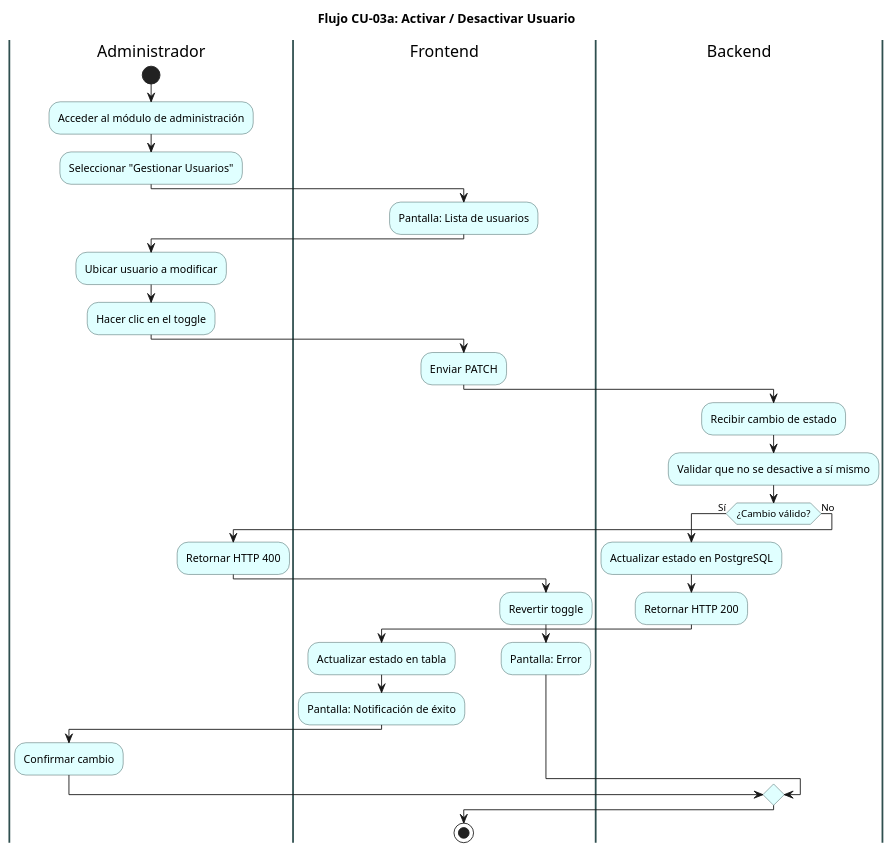
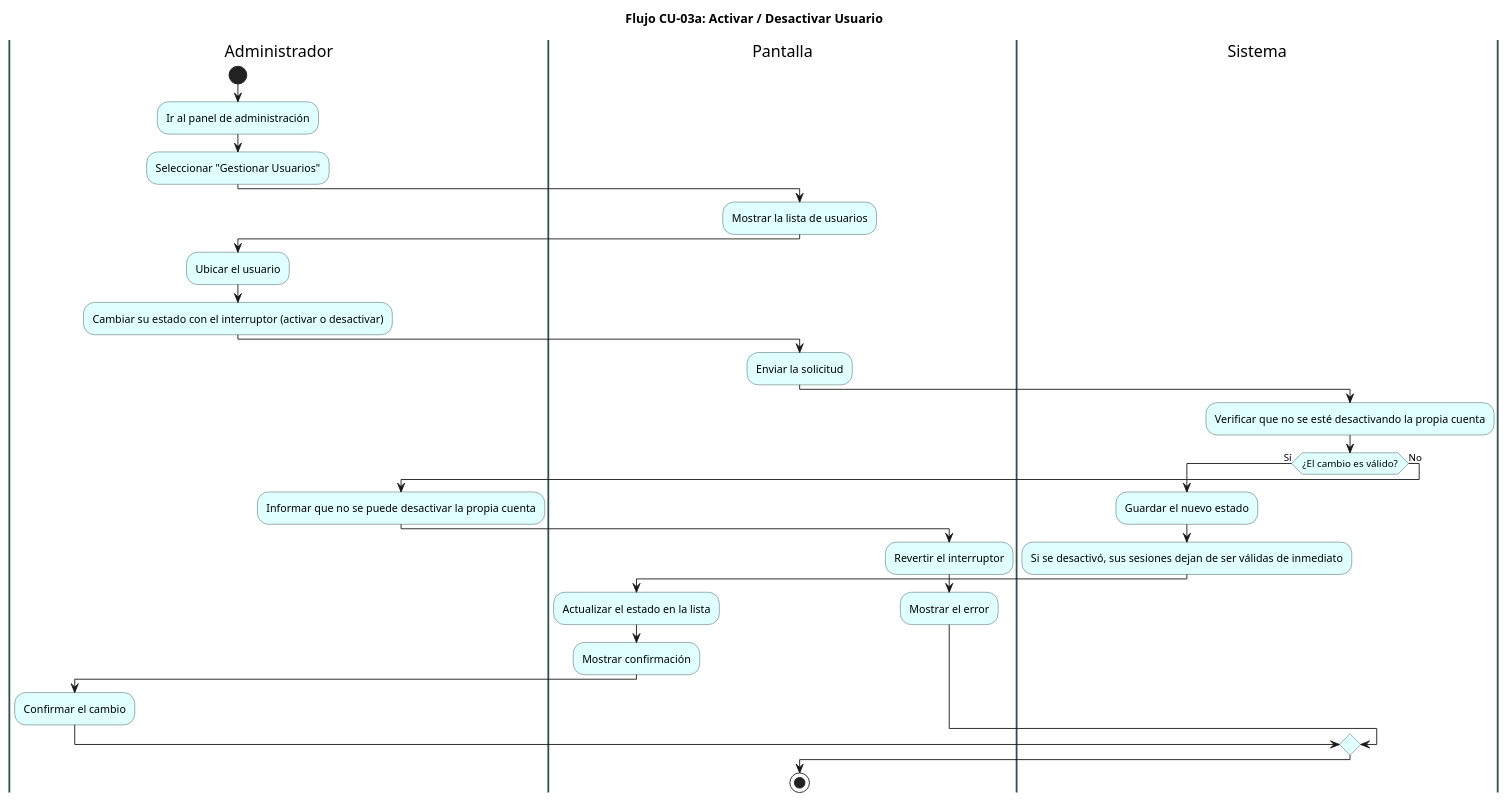
One commit to ElianMMCode/ZoneControl-Backend changed the diagram in docs/diagramas/flujo/05_flujo_activar_desactivar.puml. Above: the diagram before and after it, drawn with PlantUML. The commit also changed 21 other files, not shown here.

First line of the commit message:
docs(flujo): reescribir los 22 diagramas de flujo en lenguaje sencillo

```diff
--- a/docs/diagramas/flujo/05_flujo_activar_desactivar.puml
+++ b/docs/diagramas/flujo/05_flujo_activar_desactivar.puml
@@ -1,59 +1,54 @@
 @startuml
 title Flujo CU-03a: Activar / Desactivar Usuario
 skinparam activity {
   BackgroundColor LightCyan
   BorderColor DarkSlateGray
 }
 skinparam swimlane {
   BorderColor DarkSlateGray
   BorderThickness 2
 }
 
 |Administrador|
 start
-:Acceder al módulo de administración;
+:Ir al panel de administración;
 
 :Seleccionar "Gestionar Usuarios";
 
-|Frontend|
-:Pantalla: Lista de usuarios;
+|Pantalla|
+:Mostrar la lista de usuarios;
 
 |Administrador|
-:Ubicar usuario a modificar;
+:Ubicar el usuario;
 
-:Hacer clic en el toggle;
+:Cambiar su estado con el interruptor (activar o desactivar);
 
-|Frontend|
-:Enviar PATCH;
+|Pantalla|
+:Enviar la solicitud;
 
-|Backend|
-:Recibir cambio de estado;
+|Sistema|
+:Verificar que no se esté desactivando la propia cuenta;
 
-:Validar que no se desactive a sí mismo;
+if (¿El cambio es válido?) then (Sí)
+  :Guardar el nuevo estado;
 
-if (¿Cambio válido?) then (Sí)
-  :Actualizar estado en PostgreSQL;
+  :Si se desactivó, sus sesiones dejan de ser válidas de inmediato;
 
-  :Retornar HTTP 200;
+  |Pantalla|
+  :Actualizar el estado en la lista;
 
-  |Frontend|
-  :Actualizar estado en tabla;
-
-  :Pantalla: Notificación de éxito;
+  :Mostrar confirmación;
 
   |Administrador|
-  :Confirmar cambio;
+  :Confirmar el cambio;
+else (No)
+  :Informar que no se puede desactivar la propia cuenta;
+  |Pantalla|
+  :Revertir el interruptor;
 
-else (No)
-  :Retornar HTTP 400;
-
-  |Frontend|
-  :Revertir toggle;
-
-  :Pantalla: Error;
-
+  :Mostrar el error;
 endif
 
 stop
 
 @enduml
```
